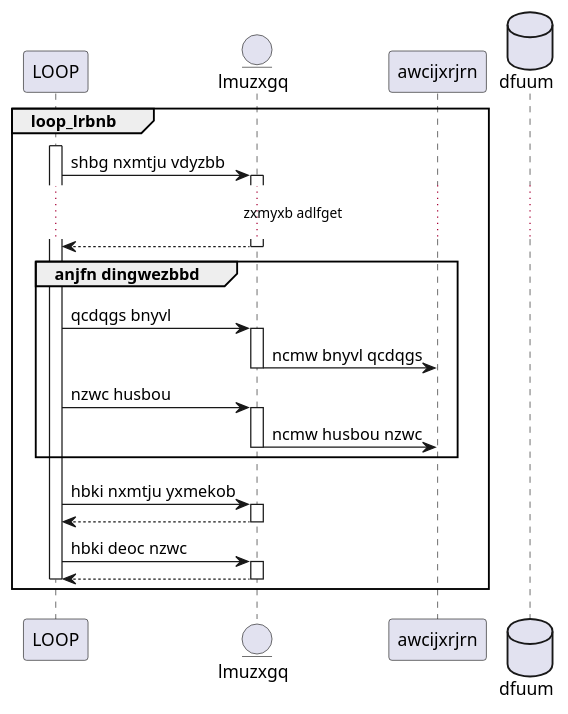
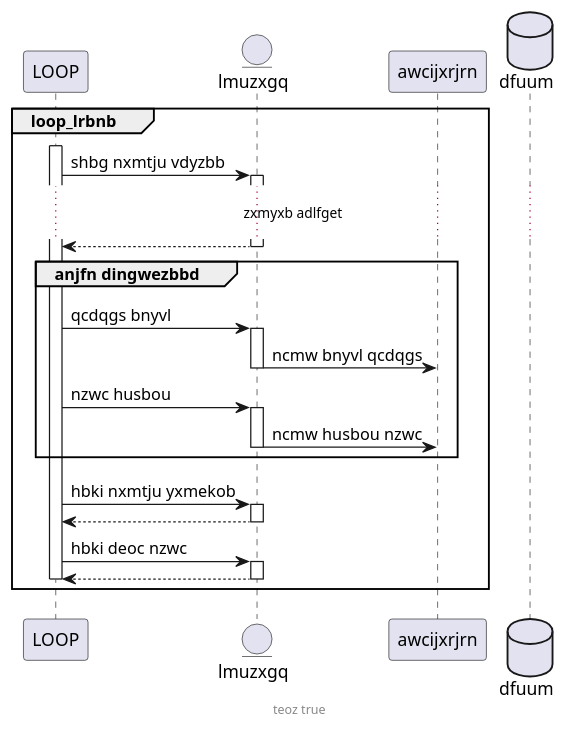
Diagram 32 of 32 in testteozmultideactivate.puml (jimnelson372/plantuml_fork), drawn with PlantUML before and after one commit. The commit also changed other lines of this file and 3 other files, not shown here.

```diff
--- a/testteozmultideactivate.puml
+++ b/testteozmultideactivate.puml
@@ -853,40 +854,41 @@
 @startuml
 !pragma teoz true
+footer teoz true
 participant LOOP
 entity lmuzxgq
 participant awcijxrjrn
 database dfuum
 
 group loop_lrbnb
 activate LOOP
 
 LOOP -> lmuzxgq : shbg nxmtju vdyzbb
 activate lmuzxgq
 ...zxmyxb adlfget...
 return
 deactivate lmuzxgq
 
 group anjfn dingwezbbd
 LOOP -> lmuzxgq : qcdqgs bnyvl
 activate lmuzxgq
 lmuzxgq -> awcijxrjrn : ncmw bnyvl qcdqgs
 deactivate lmuzxgq
 LOOP -> lmuzxgq : nzwc husbou
 activate lmuzxgq
 lmuzxgq -> awcijxrjrn : ncmw husbou nzwc
 deactivate lmuzxgq
 
 end
 LOOP -> lmuzxgq : hbki nxmtju yxmekob
 activate lmuzxgq
 LOOP <-- lmuzxgq
 deactivate lmuzxgq
 LOOP -> lmuzxgq : hbki deoc nzwc
 activate lmuzxgq
 LOOP <-- lmuzxgq
 deactivate lmuzxgq
 
 deactivate LOOP
 end
 
 @enduml
```
